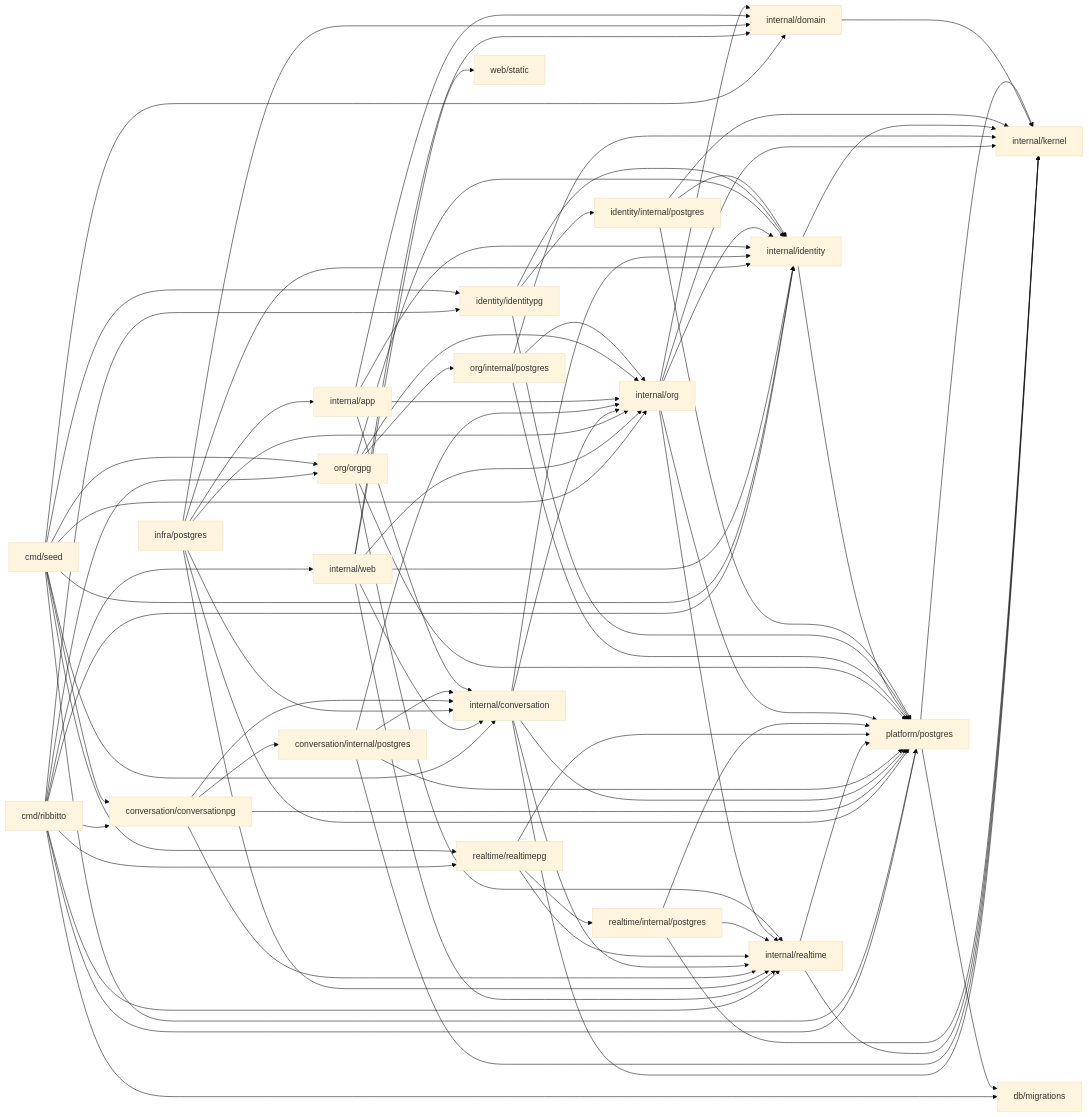
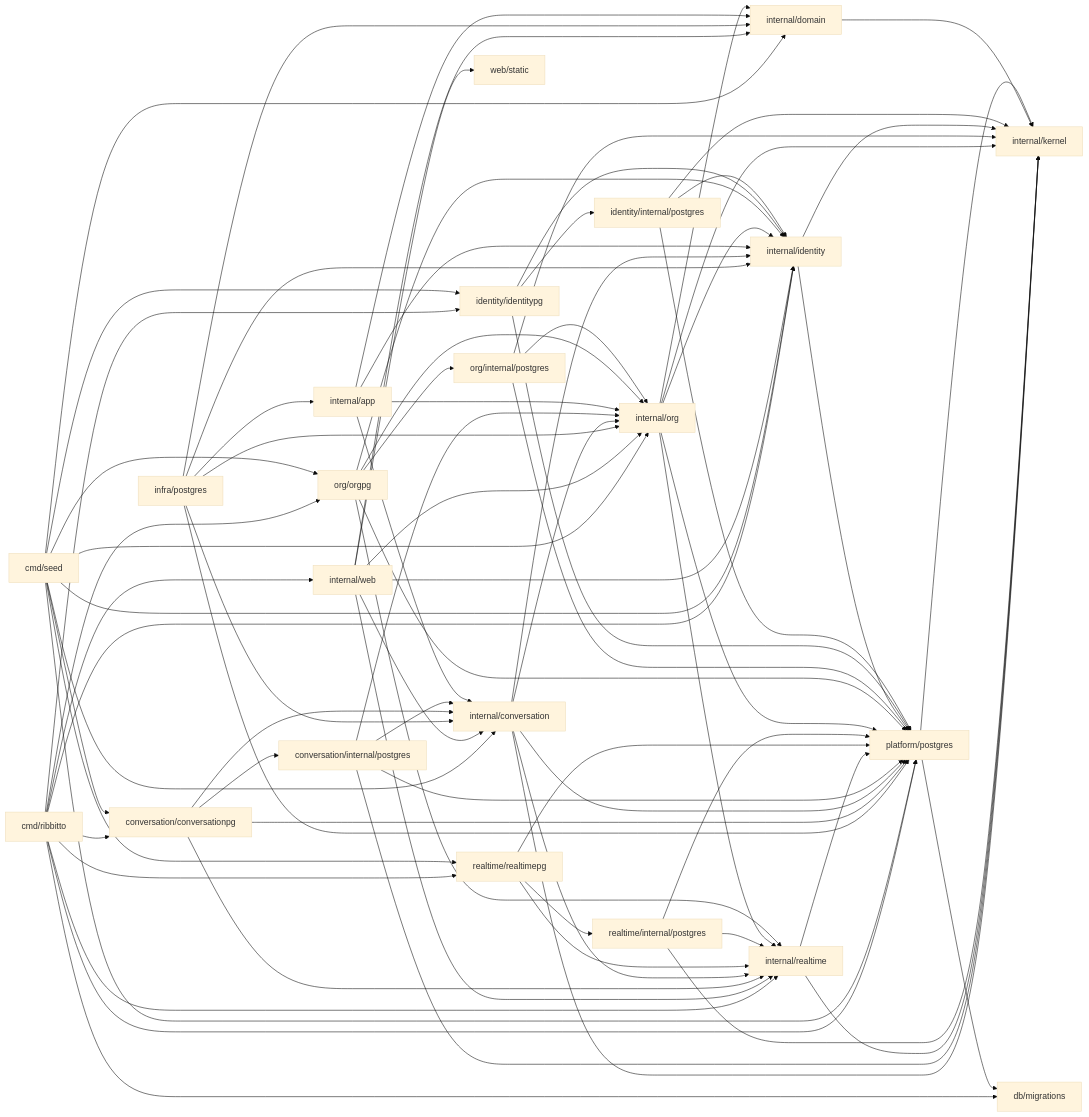
One commit to tkakkie/ribbitto changed the diagram in docs/architecture/packages.md. Above: the diagram before and after it, drawn with Mermaid (base theme). The commit also changed other lines of this file and 14 other files, not shown here.

First line of the commit message:
refactor(infra): switch web's tests to conversation's use cases and delete infra's posting and branching

````diff
--- a/docs/architecture/packages.md
+++ b/docs/architecture/packages.md
@@ -38,22 +38,22 @@
 ```mermaid
 flowchart LR
   cmd[cmd/ribbitto] --> web & orgpg[org/orgpg] & conversationpg[conversation/conversationpg] & identity & identitypg[identity/identitypg] & realtimepg & realtime & platform[platform/postgres] & migrations[db/migrations]
   seed[cmd/seed] --> conversation & conversationpg & org & orgpg & identity & identitypg & realtimepg & platform & domain
   web[internal/web] --> org & conversation & identity & domain & realtime & static[web/static]
-  postgres[infra/postgres] --> app & org & conversation & identity & domain & platform & realtime
+  postgres[infra/postgres] --> app & org & conversation & identity & domain & platform
   conversationpg --> conversation[internal/conversation] & cstore[conversation/internal/postgres] & realtime & platform
   conversation --> identity & org & realtime & kernel & platform
   cstore --> conversation & org & platform & kernel
   realtime[internal/realtime] --> kernel & platform
   realtimepg[realtime/realtimepg] --> realtime & rstore[realtime/internal/postgres] & platform
   rstore --> realtime & platform & kernel
   app[internal/app] --> org & conversation & identity & domain[internal/domain]
   org[internal/org] --> identity & realtime & domain & kernel & platform
   orgpg --> org & ostore[org/internal/postgres] & platform & identity & realtime
   ostore --> org & platform & kernel
   identity[internal/identity] --> kernel & platform
   identitypg --> identity & store[identity/internal/postgres] & platform
   store --> identity & platform & kernel
   domain --> kernel[internal/kernel]
   platform --> kernel & migrations
 ```
````
